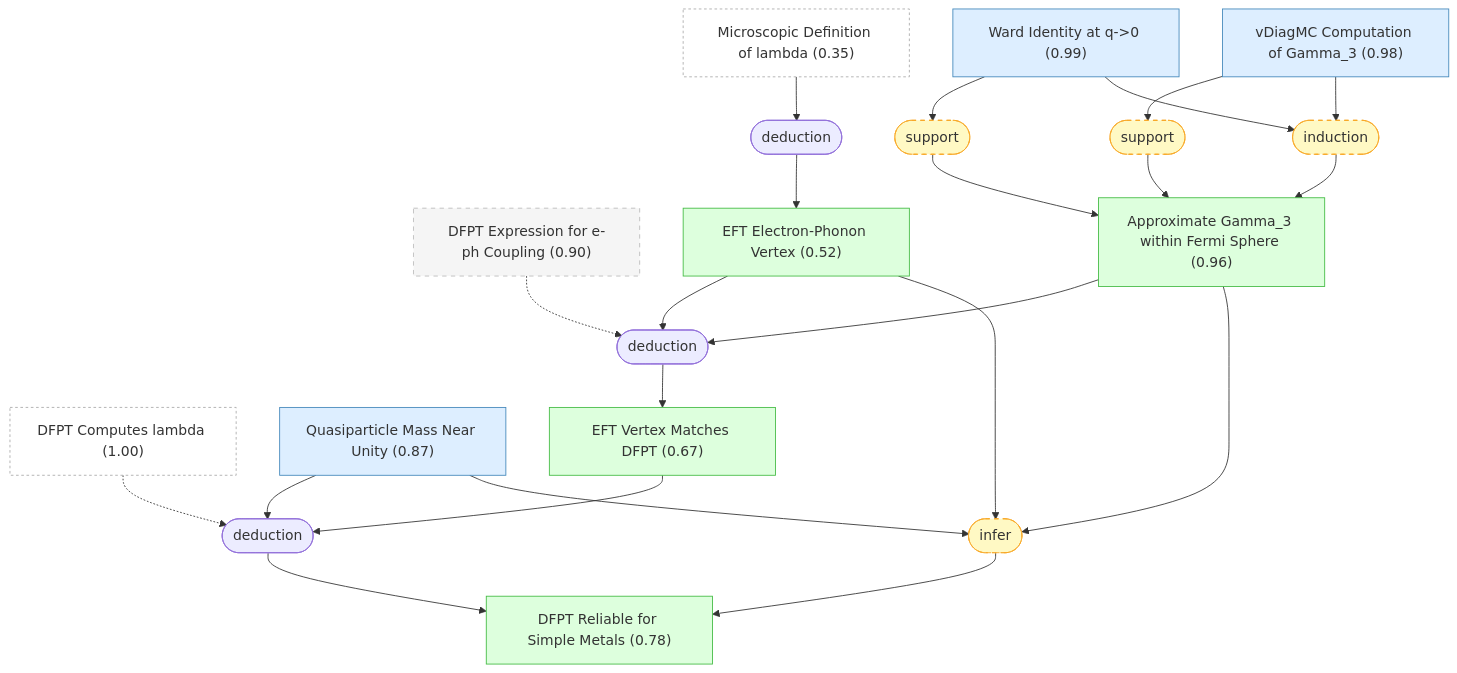
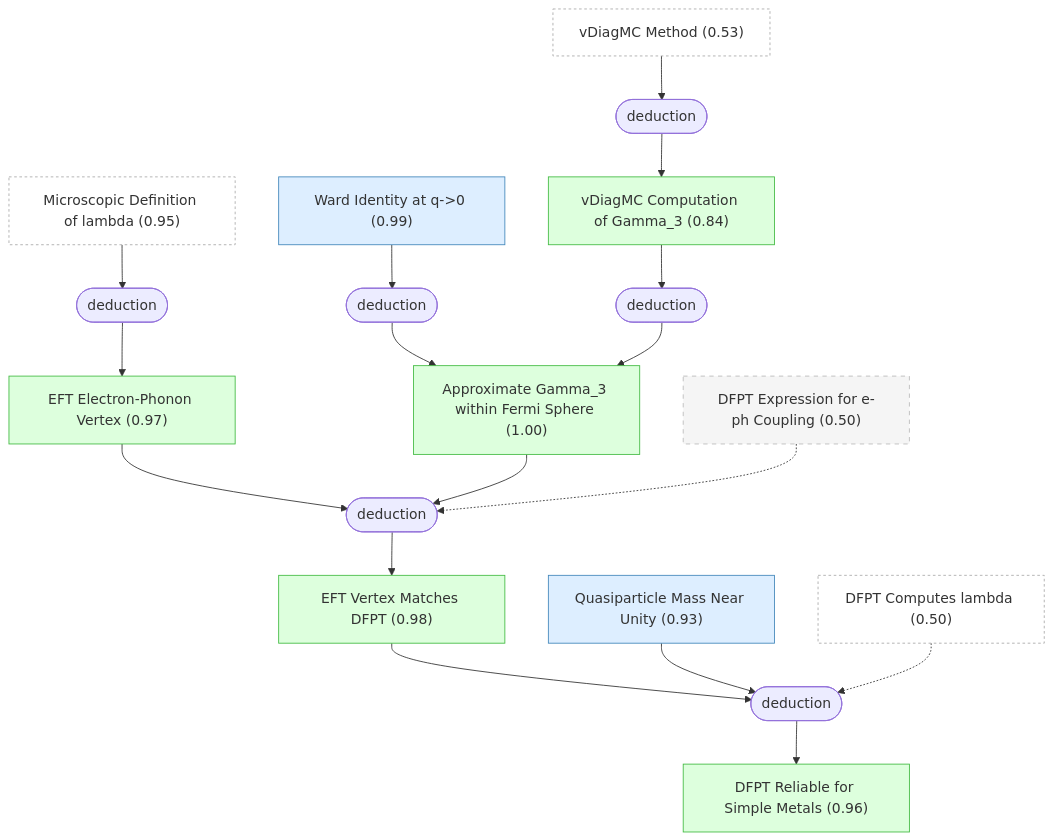
The fifth of 6 diagrams in docs/detailed-reasoning.md (kunyuan/SuperconductivityElectronLiquids.gaia), drawn with Mermaid before and after one commit. The commit also changed other lines of this file and 46 other files, not shown here.

````diff
--- a/docs/detailed-reasoning.md
+++ b/docs/detailed-reasoning.md
@@ -649,51 +614,46 @@
 ```mermaid
 graph TD
-    dfpt_computes_lambda["DFPT Computes lambda (1.00)"]:::external
-    lambda_microscopic_definition["Microscopic Definition of lambda (0.35)"]:::external
+    dfpt_computes_lambda["DFPT Computes lambda (0.50)"]:::external
+    lambda_microscopic_definition["Microscopic Definition of lambda (0.95)"]:::external
+    vdiagmc_method["vDiagMC Method (0.53)"]:::external
     ward_identity["Ward Identity at q->0 (0.99)"]:::premise
-    gamma3_vdiagmc["vDiagMC Computation of Gamma_3 (0.98)"]:::premise
-    dfpt_eph_ansatz["DFPT Expression for e-ph Coupling (0.90)"]:::background
-    quasiparticle_mass_near_unity["Quasiparticle Mass Near Unity (0.87)"]:::premise
-    eft_eph_vertex["EFT Electron-Phonon Vertex (0.52)"]:::derived
-    gamma3_approximation["Approximate Gamma_3 within Fermi Sphere (0.96)"]:::derived
-    eft_vertex_matches_dfpt["EFT Vertex Matches DFPT (0.67)"]:::derived
-    dfpt_reliable_for_simple_metals["DFPT Reliable for Simple Metals (0.78)"]:::derived
-    strat_11(["deduction"])
-    lambda_microscopic_definition --> strat_11
-    strat_11 --> eft_eph_vertex
-    strat_12(["support"]):::weak
-    ward_identity --> strat_12
-    strat_12 --> gamma3_approximation
-    strat_13(["support"]):::weak
-    gamma3_vdiagmc --> strat_13
-    strat_13 --> gamma3_approximation
-    strat_14(["induction"]):::weak
-    ward_identity --> strat_14
-    gamma3_vdiagmc --> strat_14
-    strat_14 --> gamma3_approximation
+    gamma3_vdiagmc["vDiagMC Computation of Gamma_3 (0.84)"]:::derived
+    dfpt_eph_ansatz["DFPT Expression for e-ph Coupling (0.50)"]:::background
+    quasiparticle_mass_near_unity["Quasiparticle Mass Near Unity (0.93)"]:::premise
+    eft_eph_vertex["EFT Electron-Phonon Vertex (0.97)"]:::derived
+    gamma3_approximation["Approximate Gamma_3 within Fermi Sphere (1.00)"]:::derived
+    eft_vertex_matches_dfpt["EFT Vertex Matches DFPT (0.98)"]:::derived
+    dfpt_reliable_for_simple_metals["DFPT Reliable for Simple Metals (0.96)"]:::derived
+    strat_13(["deduction"])
+    vdiagmc_method --> strat_13
+    strat_13 --> gamma3_vdiagmc
+    strat_14(["deduction"])
+    lambda_microscopic_definition --> strat_14
+    strat_14 --> eft_eph_vertex
     strat_15(["deduction"])
-    eft_eph_vertex --> strat_15
-    gamma3_approximation --> strat_15
-    dfpt_eph_ansatz -.-> strat_15
-    strat_15 --> eft_vertex_matches_dfpt
+    ward_identity --> strat_15
+    strat_15 --> gamma3_approximation
     strat_16(["deduction"])
-    eft_vertex_matches_dfpt --> strat_16
-    quasiparticle_mass_near_unity --> strat_16
-    dfpt_computes_lambda -.-> strat_16
-    strat_16 --> dfpt_reliable_for_simple_metals
-    strat_17(["infer"]):::weak
+    gamma3_vdiagmc --> strat_16
+    strat_16 --> gamma3_approximation
+    strat_17(["deduction"])
     eft_eph_vertex --> strat_17
     gamma3_approximation --> strat_17
-    quasiparticle_mass_near_unity --> strat_17
-    strat_17 --> dfpt_reliable_for_simple_metals
+    dfpt_eph_ansatz -.-> strat_17
+    strat_17 --> eft_vertex_matches_dfpt
+    strat_18(["deduction"])
+    eft_vertex_matches_dfpt --> strat_18
+    quasiparticle_mass_near_unity --> strat_18
+    dfpt_computes_lambda -.-> strat_18
+    strat_18 --> dfpt_reliable_for_simple_metals
 
-    classDef setting fill:#f0f0f0,stroke:#999,color:#333
+    classDef note fill:#f0f0f0,stroke:#999,color:#333
     classDef premise fill:#ddeeff,stroke:#4488bb,color:#333
     classDef derived fill:#ddffdd,stroke:#44bb44,color:#333
     classDef question fill:#fff3dd,stroke:#cc9944,color:#333
     classDef background fill:#f5f5f5,stroke:#bbb,stroke-dasharray: 5 5,color:#333
     classDef orphan fill:#fff,stroke:#ccc,stroke-dasharray: 5 5,color:#333
     classDef external fill:#fff,stroke:#aaa,stroke-dasharray: 3 3,color:#333
     classDef weak fill:#fff9c4,stroke:#f9a825,stroke-dasharray: 5 5,color:#333
     classDef contra fill:#ffebee,stroke:#c62828,color:#333
 ```
````
